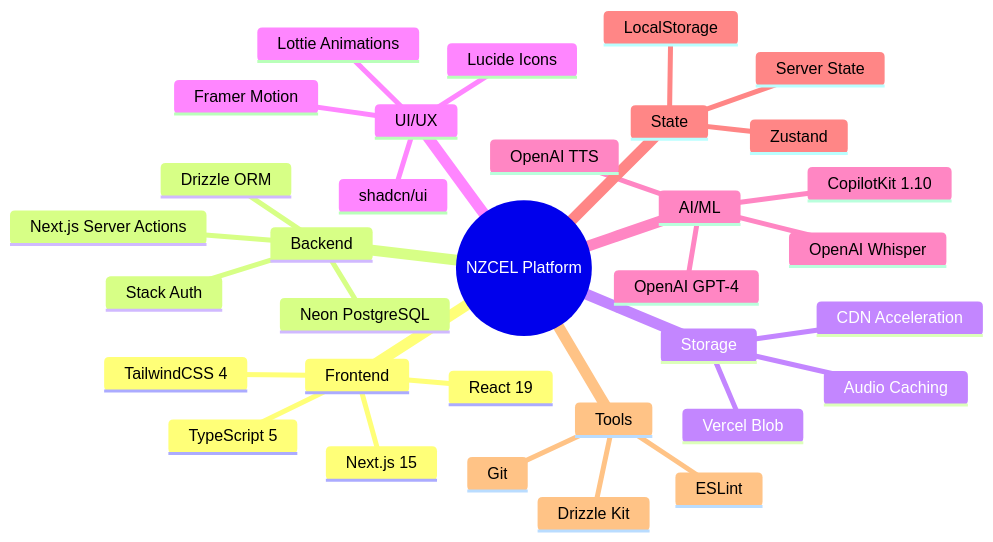
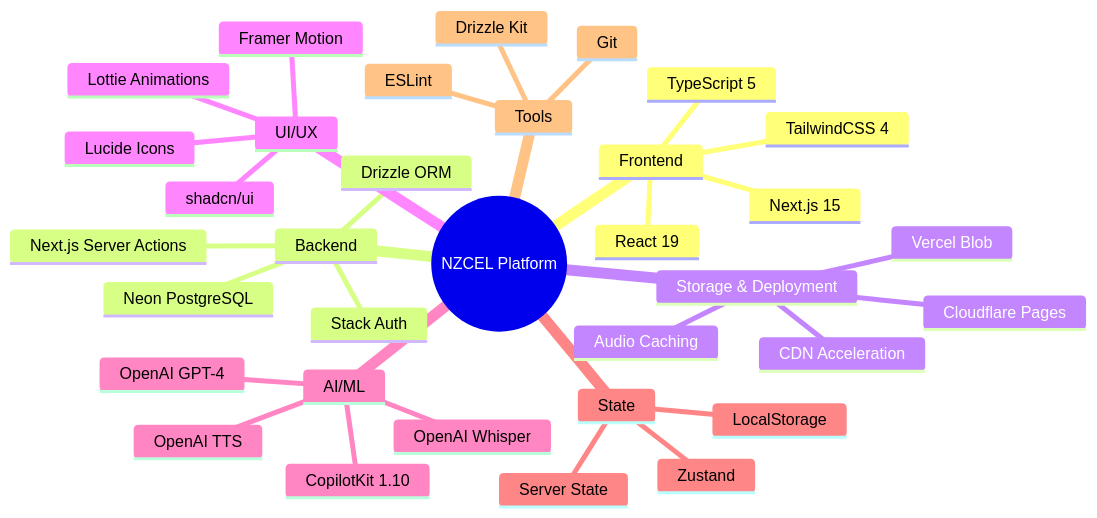
One commit to ChanMeng666/esol-learning-platform changed the sixth of 12 diagrams in README.md. Above: the diagram before and after it, drawn with Mermaid. The commit also changed other lines of this file and 12 other files, not shown here.

First line of the commit message:
feat: add Cloudflare Pages deployment support via OpenNext

````diff
--- a/README.md
+++ b/README.md
@@ -364,36 +370,37 @@
 ```mermaid
 mindmap
   root((NZCEL Platform))
     Frontend
       Next.js 15
       React 19
       TypeScript 5
       TailwindCSS 4
     Backend
       Next.js Server Actions
       Neon PostgreSQL
       Drizzle ORM
       Stack Auth
-    Storage
+    Storage & Deployment
       Vercel Blob
       CDN Acceleration
       Audio Caching
+      Cloudflare Pages
     UI/UX
       shadcn/ui
       Framer Motion
       Lucide Icons
       Lottie Animations
     AI/ML
       CopilotKit 1.10
       OpenAI TTS
       OpenAI Whisper
       OpenAI GPT-4
     State
       Zustand
       LocalStorage
       Server State
     Tools
       ESLint
       Drizzle Kit
       Git
 ```
````
